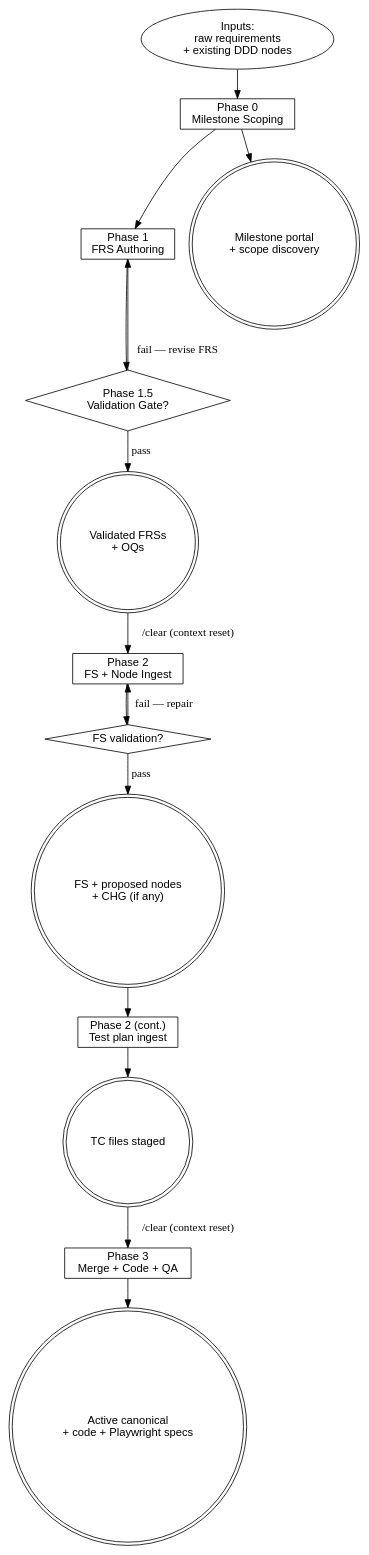
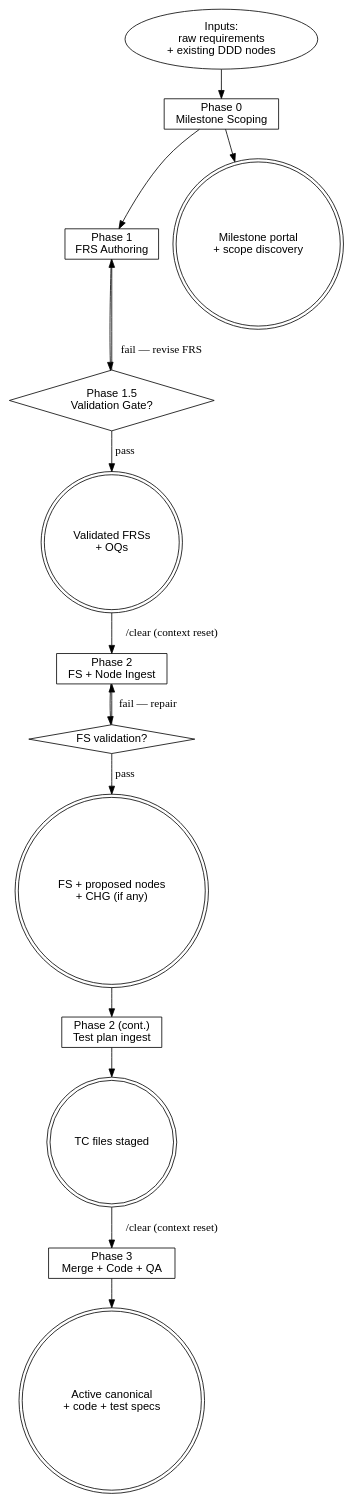
One commit to thapaliyabikendra/agentic-dev-workspace changed the diagram in sdlc/WORKFLOW.md. Above: the diagram before and after it, drawn with Graphviz. The commit also changed other lines of this file and 20 other files, not shown here.

````diff
--- a/sdlc/WORKFLOW.md
+++ b/sdlc/WORKFLOW.md
@@ -45,36 +44,36 @@
 ```dot
 digraph workflow_phases {
     rankdir=TB;
     node [fontname="Helvetica"];
 
     inputs    [shape=oval,  label="Inputs:\nraw requirements\n+ existing DDD nodes"];
     phase0    [shape=box,   label="Phase 0\nMilestone Scoping"];
     phase1    [shape=box,   label="Phase 1\nFRS Authoring"];
     gate15    [shape=diamond, label="Phase 1.5\nValidation Gate?"];
     phase2    [shape=box,   label="Phase 2\nFS + Node Ingest"];
     fsval     [shape=diamond, label="FS validation?"];
     phase2tp  [shape=box,   label="Phase 2 (cont.)\nTest plan ingest"];
     phase3    [shape=box,   label="Phase 3\nMerge + Code + QA"];
 
     out_ms    [shape=doublecircle, label="Milestone portal\n+ scope discovery"];
     out_frs   [shape=doublecircle, label="Validated FRSs\n+ OQs"];
     out_fs    [shape=doublecircle, label="FS + proposed nodes\n+ CHG (if any)"];
     out_tc    [shape=doublecircle, label="TC files staged"];
-    out_impl  [shape=doublecircle, label="Active canonical\n+ code + Playwright specs"];
+    out_impl  [shape=doublecircle, label="Active canonical\n+ code + test specs"];
 
     inputs -> phase0;
     phase0 -> out_ms;
     phase0 -> phase1;
     phase1 -> gate15;
     gate15 -> phase1   [label="fail — revise FRS"];
     gate15 -> out_frs  [label="pass"];
     out_frs -> phase2  [label="/clear (context reset)"];
     phase2 -> fsval;
     fsval -> phase2    [label="fail — repair"];
     fsval -> out_fs    [label="pass"];
     out_fs -> phase2tp;
     phase2tp -> out_tc;
     out_tc -> phase3   [label="/clear (context reset)"];
     phase3 -> out_impl;
 }
 ```
````
